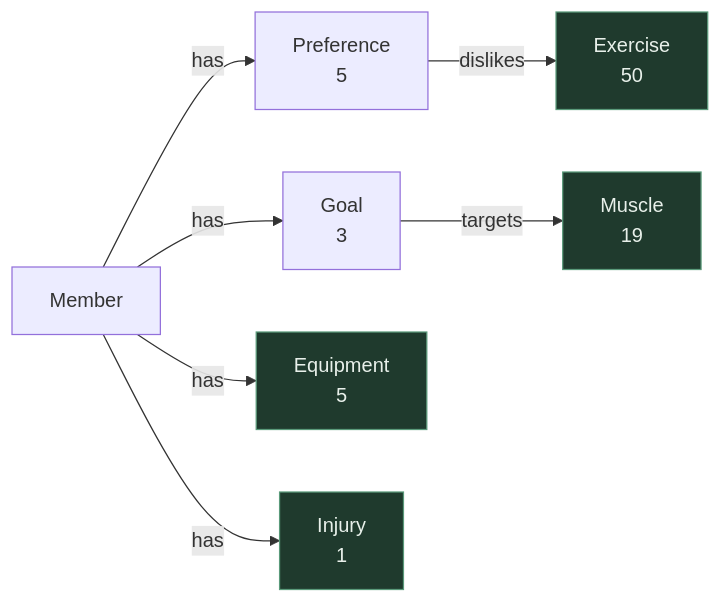
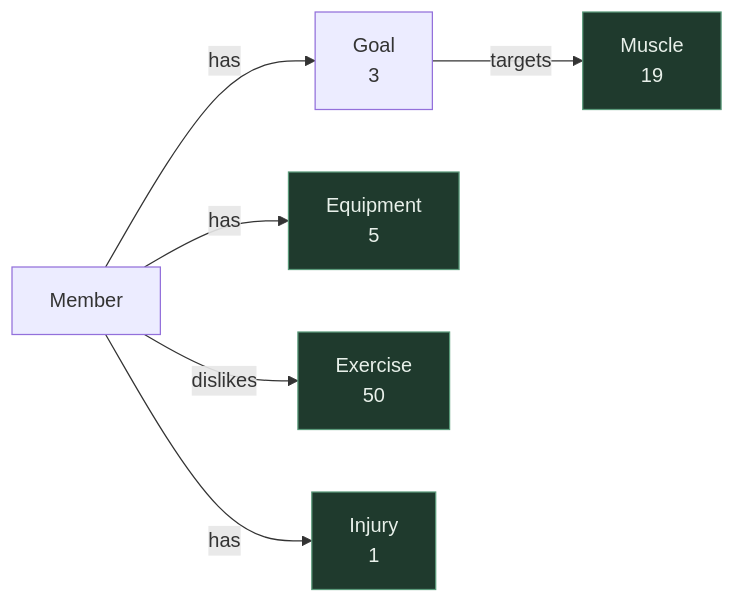
One commit to Josie29/futureco changed the diagram in docs/kg2-schema.md. Above: the diagram before and after it, drawn with Mermaid. The commit also changed other lines of this file and 3 other files, not shown here.

````diff
--- a/docs/kg2-schema.md
+++ b/docs/kg2-schema.md
@@ -31,23 +30,21 @@
 ```mermaid
 flowchart LR
   MEM["Member"]
-  PRF["Preference<br/>5"]
   GOL["Goal<br/>3"]
   EQP["Equipment<br/>5"]
   EX["Exercise<br/>50"]
   MUS["Muscle<br/>19"]
   INJ["Injury<br/>1"]
 
-  MEM -->|has| PRF
   MEM -->|has| GOL
   MEM -->|has| EQP
   MEM -->|has| INJ
 
-  PRF -->|dislikes| EX
+  MEM -->|dislikes| EX
   GOL -->|targets| MUS
 
   style EQP fill:#1f3a2d,stroke:#5a9a7a,color:#e8f0ea
   style EX fill:#1f3a2d,stroke:#5a9a7a,color:#e8f0ea
   style MUS fill:#1f3a2d,stroke:#5a9a7a,color:#e8f0ea
   style INJ fill:#1f3a2d,stroke:#5a9a7a,color:#e8f0ea
 ```
````
